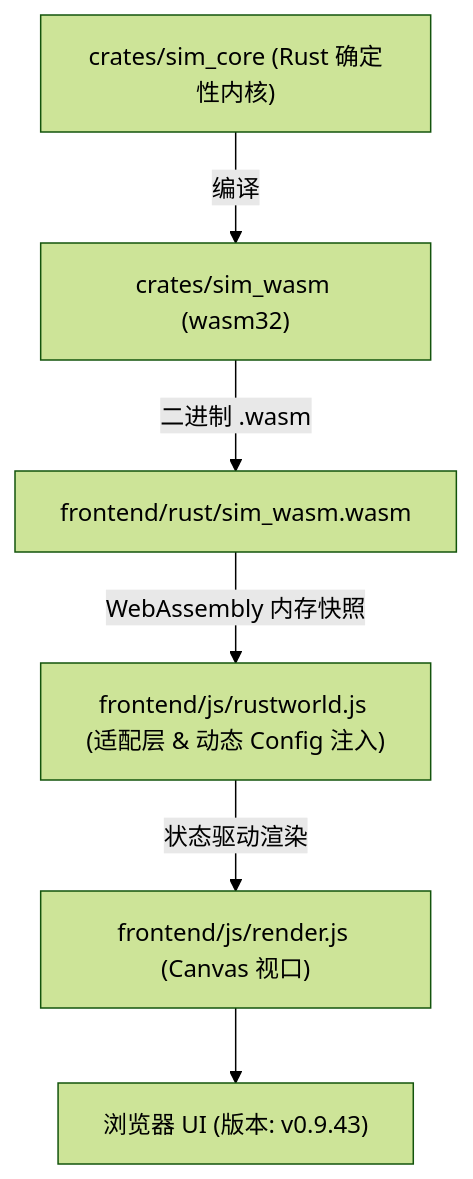
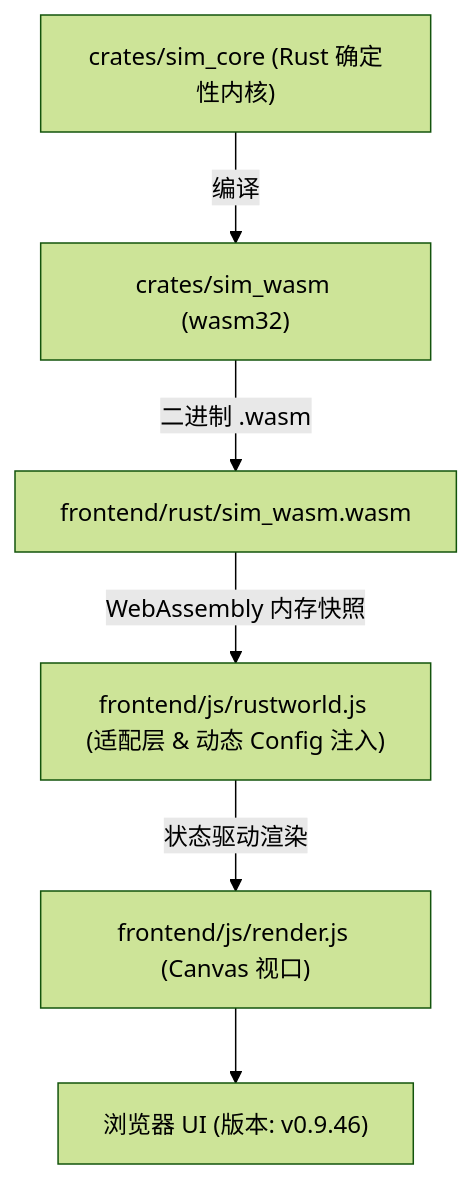
One commit to g39088902/FlowAndAccord changed the diagram in AGENTS.md. Above: the diagram before and after it, drawn with Mermaid (forest theme). The commit also changed other lines of this file and 21 other files, not shown here.

````diff
--- a/AGENTS.md
+++ b/AGENTS.md
@@ -28,8 +41,8 @@
 ```mermaid
 graph TD
     A["crates/sim_core (Rust 确定性内核)"] -->|编译| B["crates/sim_wasm (wasm32)"]
     B -->|二进制 .wasm| C["frontend/rust/sim_wasm.wasm"]
     C -->|WebAssembly 内存快照| D["frontend/js/rustworld.js (适配层 & 动态 Config 注入)"]
     D -->|状态驱动渲染| E["frontend/js/render.js (Canvas 视口)"]
-    E --> F["浏览器 UI (版本: v0.9.43)"]
+    E --> F["浏览器 UI (版本: v0.9.46)"]
 ```
````
